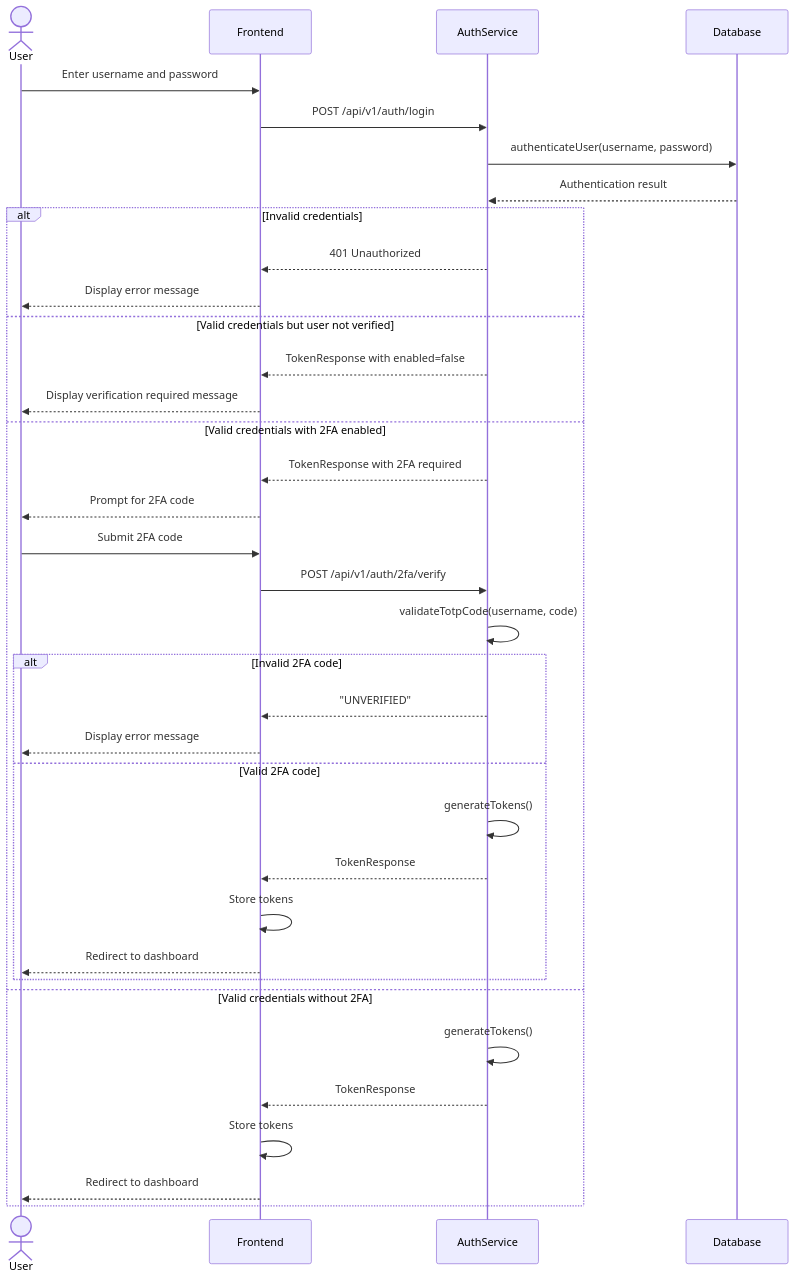
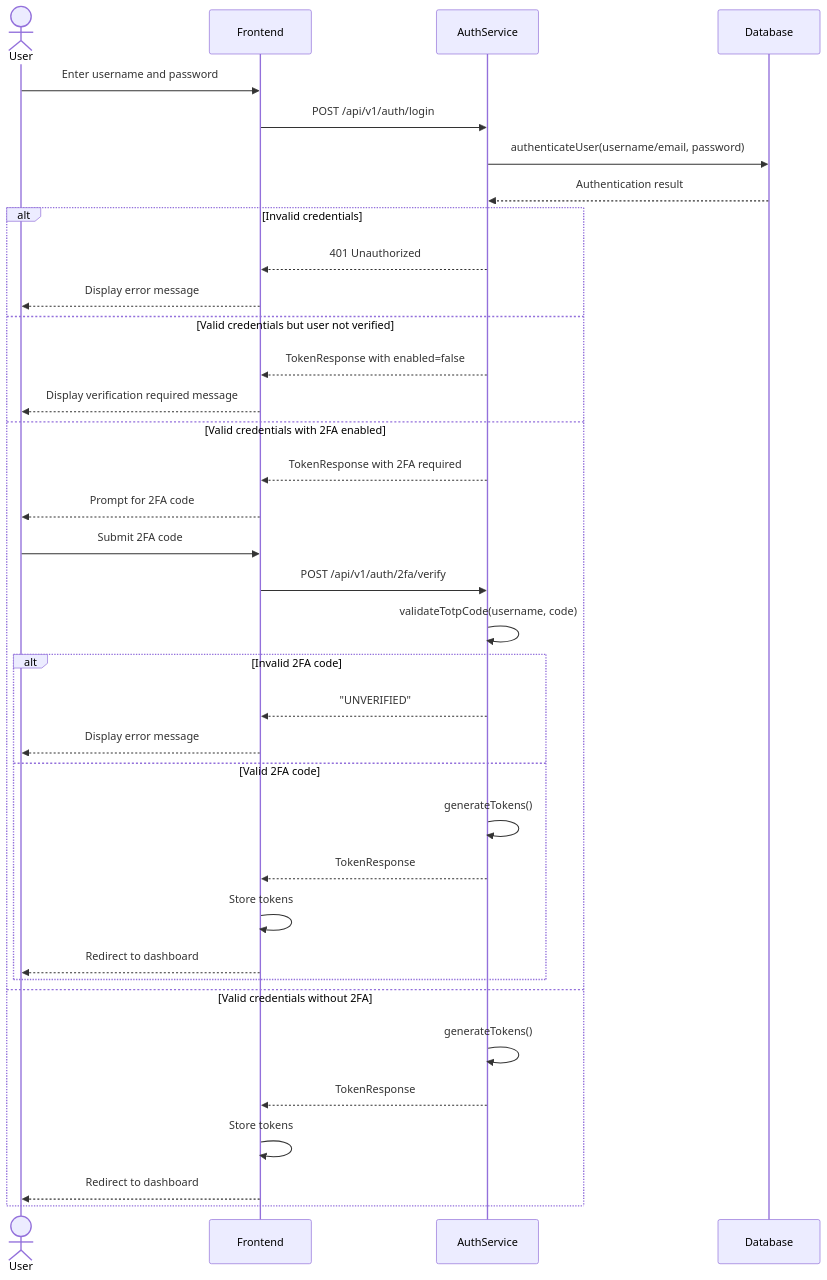
One commit to loidinhm31/document-management-and-search-system changed the diagram in project/diagrams/sequence-diagram/1.3_login-sequence.mermaid. Above: the diagram before and after it, drawn with Mermaid. The commit also changed 35 other files, not shown here.

```diff
--- a/project/diagrams/sequence-diagram/1.3_login-sequence.mermaid
+++ b/project/diagrams/sequence-diagram/1.3_login-sequence.mermaid
@@ -1,42 +1,42 @@
 sequenceDiagram
     actor User
     participant Frontend
     participant AuthService
     participant Database
     
     User->>Frontend: Enter username and password
     Frontend->>AuthService: POST /api/v1/auth/login
     
-    AuthService->>Database: authenticateUser(username, password)
+    AuthService->>Database: authenticateUser(username/email, password)
     Database-->>AuthService: Authentication result
     
     alt Invalid credentials
         AuthService-->>Frontend: 401 Unauthorized
         Frontend-->>User: Display error message
     else Valid credentials but user not verified
         AuthService-->>Frontend: TokenResponse with enabled=false
         Frontend-->>User: Display verification required message
     else Valid credentials with 2FA enabled
         AuthService-->>Frontend: TokenResponse with 2FA required
         Frontend-->>User: Prompt for 2FA code
         
         User->>Frontend: Submit 2FA code
         Frontend->>AuthService: POST /api/v1/auth/2fa/verify
         
         AuthService->>AuthService: validateTotpCode(username, code)
         
         alt Invalid 2FA code
             AuthService-->>Frontend: "UNVERIFIED"
             Frontend-->>User: Display error message
         else Valid 2FA code
             AuthService->>AuthService: generateTokens()
             AuthService-->>Frontend: TokenResponse
             Frontend->>Frontend: Store tokens
             Frontend-->>User: Redirect to dashboard
         end
     else Valid credentials without 2FA
         AuthService->>AuthService: generateTokens()
         AuthService-->>Frontend: TokenResponse
         Frontend->>Frontend: Store tokens
         Frontend-->>User: Redirect to dashboard
     end
```
